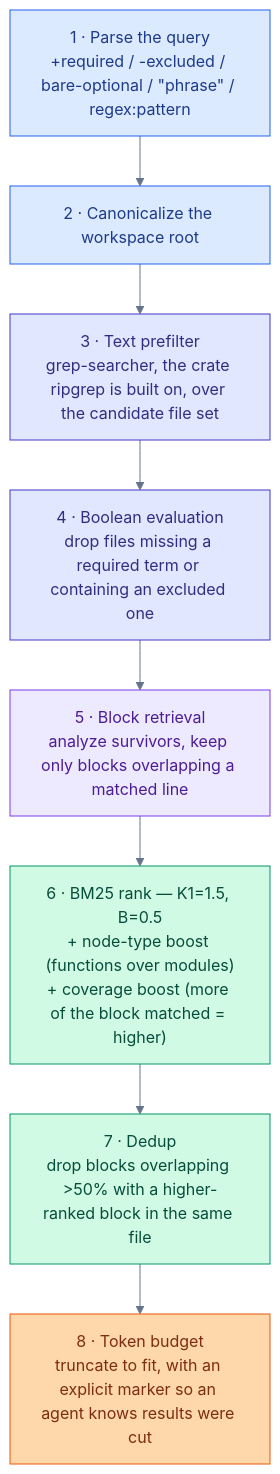
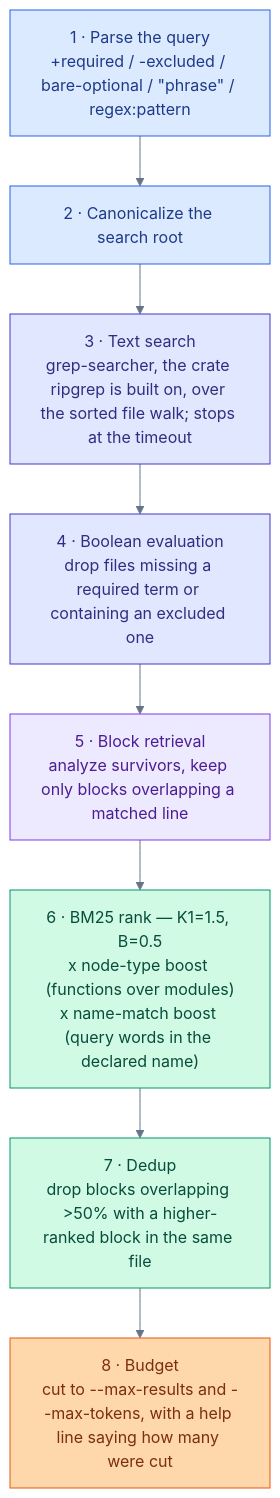
One commit to orin-dx/monokl changed the diagram in ARCHITECTURE.md. Above: the diagram before and after it, drawn with Mermaid. The commit also changed other lines of this file and 9 other files, not shown here.

First line of the commit message:
docs: make README and architecture docs match the binary

````diff
--- a/ARCHITECTURE.md
+++ b/ARCHITECTURE.md
@@ -33,23 +19,23 @@
 ```mermaid
 %%{init: {'theme': 'base', 'themeVariables': {'lineColor': '#64748b', 'edgeLabelBackground': '#f8fafc', 'fontFamily': 'ui-sans-serif, system-ui, sans-serif'}}}%%
 flowchart TB
     S1["1 · Parse the query<br/>+required / -excluded / bare-optional / #quot;phrase#quot; / regex:pattern"]
-    S2["2 · Canonicalize the workspace root"]
-    S3["3 · Text prefilter<br/>grep-searcher, the crate ripgrep is built on, over the candidate file set"]
+    S2["2 · Canonicalize the search root"]
+    S3["3 · Text search<br/>grep-searcher, the crate ripgrep is built on, over the sorted file walk; stops at the timeout"]
     S4["4 · Boolean evaluation<br/>drop files missing a required term or containing an excluded one"]
     S5["5 · Block retrieval<br/>analyze survivors, keep only blocks overlapping a matched line"]
-    S6["6 · BM25 rank — K1=1.5, B=0.5<br/>+ node-type boost (functions over modules)<br/>+ coverage boost (more of the block matched = higher)"]
+    S6["6 · BM25 rank — K1=1.5, B=0.5<br/>x node-type boost (functions over modules)<br/>x name-match boost (query words in the declared name)"]
     S7["7 · Dedup<br/>drop blocks overlapping &gt;50% with a higher-ranked block in the same file"]
-    S8["8 · Token budget<br/>truncate to fit, with an explicit marker so an agent knows results were cut"]
+    S8["8 · Budget<br/>cut to --max-results and --max-tokens, with a help line saying how many were cut"]
 
     S1 --> S2 --> S3 --> S4 --> S5 --> S6 --> S7 --> S8
 
     style S1 fill:#dbeafe,stroke:#2563eb,color:#1e3a8a
     style S2 fill:#dbeafe,stroke:#2563eb,color:#1e3a8a
     style S3 fill:#e0e7ff,stroke:#4338ca,color:#312e81
     style S4 fill:#e0e7ff,stroke:#4338ca,color:#312e81
     style S5 fill:#ede9fe,stroke:#7c3aed,color:#4c1d95
     style S6 fill:#d1fae5,stroke:#059669,color:#064e3b
     style S7 fill:#d1fae5,stroke:#059669,color:#064e3b
     style S8 fill:#fed7aa,stroke:#ea580c,color:#7c2d12
 ```
````
